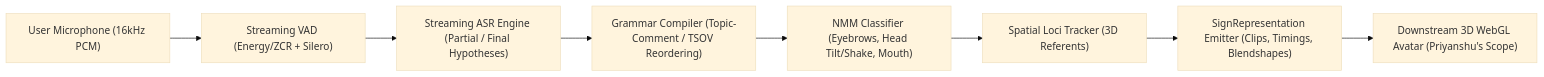
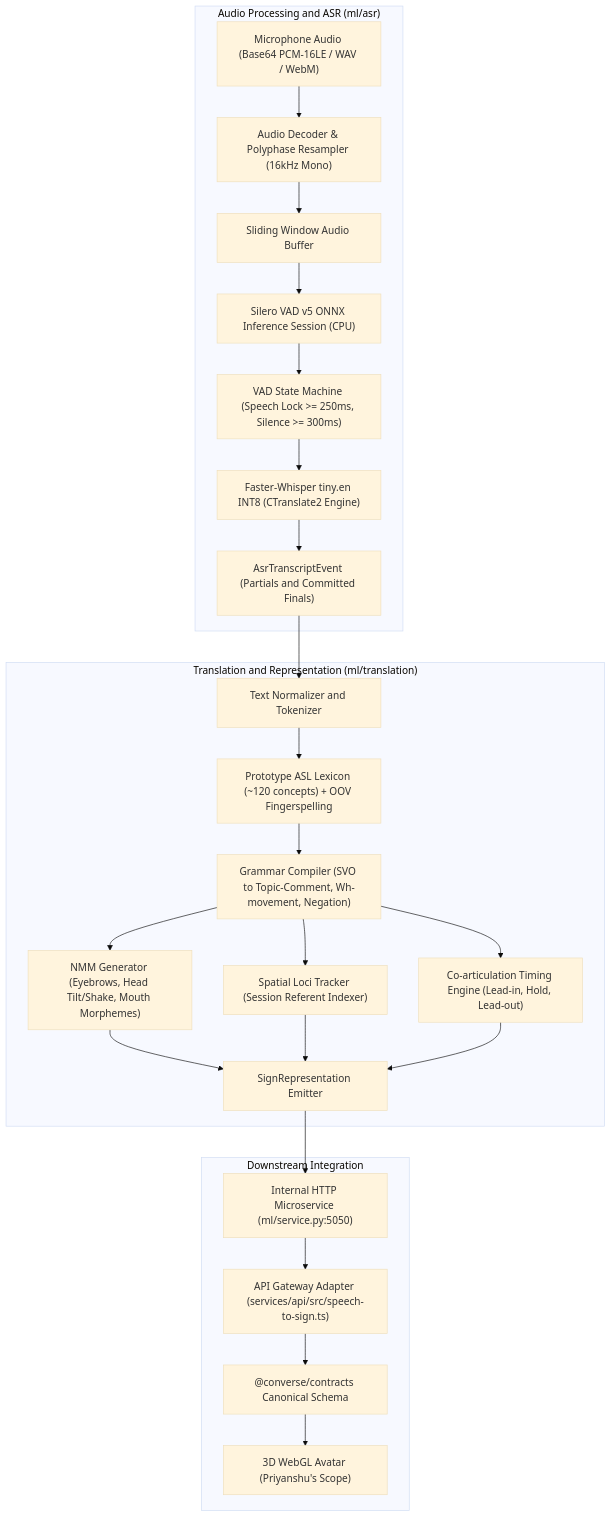
One commit to Parth06102006/converse changed the first of 2 diagrams in docs/milestones/ashwani/implementation-report.md. Above: the diagram before and after it, drawn with Mermaid (base theme). The commit also changed other lines of this file and 20 other files, not shown here.

First line of the commit message:
feat(ml): implement model-backed speech-to-sign pipeline with genuine ASR and VAD

````diff
--- a/docs/milestones/ashwani/implementation-report.md
+++ b/docs/milestones/ashwani/implementation-report.md
@@ -16,10 +28,30 @@
 ```mermaid
-flowchart LR
-    Mic["User Microphone (16kHz PCM)"] --> VAD["Streaming VAD (Energy/ZCR + Silero)"]
-    VAD --> ASR["Streaming ASR Engine (Partial / Final Hypotheses)"]
-    ASR --> Grammar["Grammar Compiler (Topic-Comment / TSOV Reordering)"]
-    Grammar --> NMM["NMM Classifier (Eyebrows, Head Tilt/Shake, Mouth)"]
-    NMM --> Spatial["Spatial Loci Tracker (3D Referents)"]
-    Spatial --> Emitter["SignRepresentation Emitter (Clips, Timings, Blendshapes)"]
-    Emitter --> Avatar["Downstream 3D WebGL Avatar (Priyanshu's Scope)"]
+flowchart TD
+    subgraph Audio Processing and ASR ["Audio Processing and ASR (ml/asr)"]
+        Mic["Microphone Audio (Base64 PCM-16LE / WAV / WebM)"] --> Dec["Audio Decoder & Polyphase Resampler (16kHz Mono)"]
+        Dec --> Buf["Sliding Window Audio Buffer"]
+        Buf --> VAD["Silero VAD v5 ONNX Inference Session (CPU)"]
+        VAD --> SM["VAD State Machine (Speech Lock >= 250ms, Silence >= 300ms)"]
+        SM --> ASR["Faster-Whisper tiny.en INT8 (CTranslate2 Engine)"]
+        ASR --> Ev["AsrTranscriptEvent (Partials and Committed Finals)"]
+    end
+
+    subgraph Translation and Representation ["Translation and Representation (ml/translation)"]
+        Ev --> Norm["Text Normalizer and Tokenizer"]
+        Norm --> Lex["Prototype ASL Lexicon (~120 concepts) + OOV Fingerspelling"]
+        Lex --> Rules["Grammar Compiler (SVO to Topic-Comment, Wh-movement, Negation)"]
+        Rules --> NMM["NMM Generator (Eyebrows, Head Tilt/Shake, Mouth Morphemes)"]
+        Rules --> Spatial["Spatial Loci Tracker (Session Referent Indexer)"]
+        Rules --> Timing["Co-articulation Timing Engine (Lead-in, Hold, Lead-out)"]
+        NMM --> Pack["SignRepresentation Emitter"]
+        Spatial --> Pack
+        Timing --> Pack
+    end
+
+    subgraph Interface and Consumption ["Downstream Integration"]
+        Pack --> Svc["Internal HTTP Microservice (ml/service.py:5050)"]
+        Svc --> Gateway["API Gateway Adapter (services/api/src/speech-to-sign.ts)"]
+        Gateway --> Contracts["@converse/contracts Canonical Schema"]
+        Contracts --> Avatar["3D WebGL Avatar (Priyanshu's Scope)"]
+    end
 ```
````
